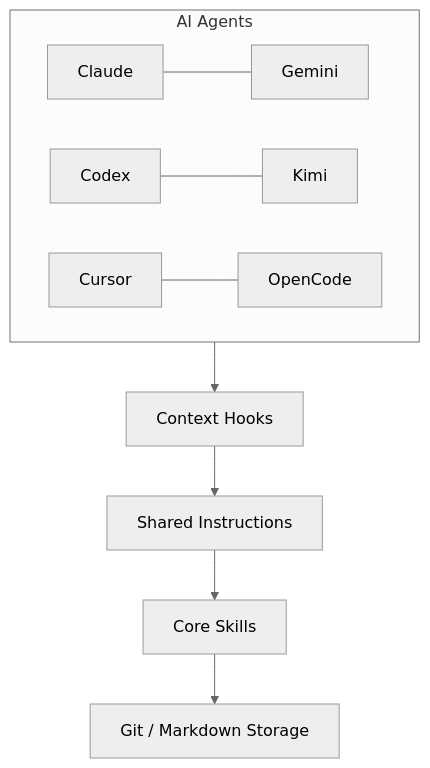
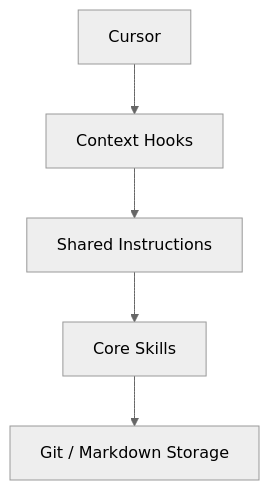
Before and after one commit to WilliamMunster/testcase-os: the third of 3 diagrams in README.md, drawn with Mermaid (neutral theme). The commit also changed other lines of this file, not shown here.

Commit message:
docs: README 架构图精简为仅 Cursor

````diff
--- a/README.md
+++ b/README.md
@@ -45,12 +45,7 @@
 ```mermaid
 graph TD
-    subgraph Agents["AI Agents"]
-        C[Claude] --- G[Gemini]
-        CX[Codex] --- K[Kimi]
-        CR[Cursor] --- O[OpenCode]
-    end
-    Agents --> HOK["Context Hooks"]
+    CR[Cursor] --> HOK["Context Hooks"]
     HOK --> SI[Shared Instructions]
     SI --> SKI[Core Skills]
     SKI --> GIT[Git / Markdown Storage]
 ```
````
